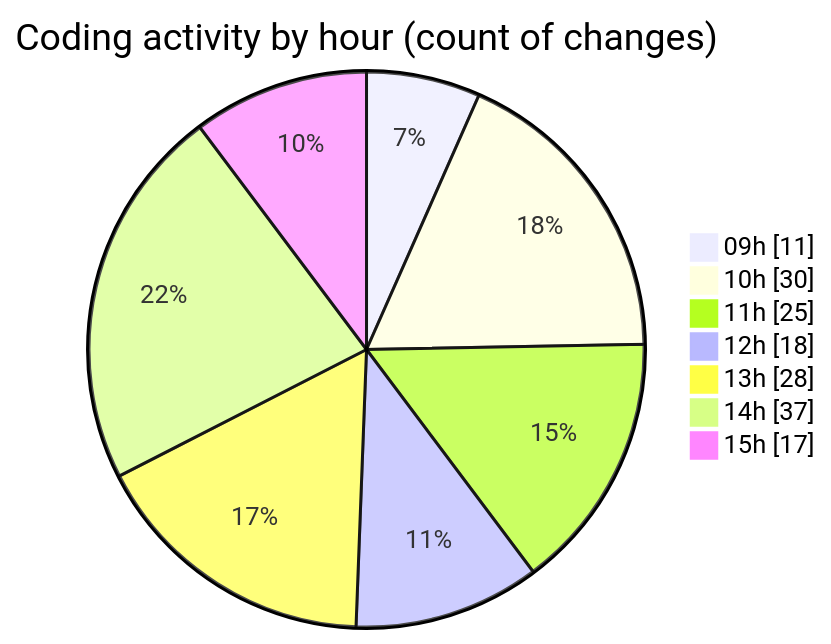
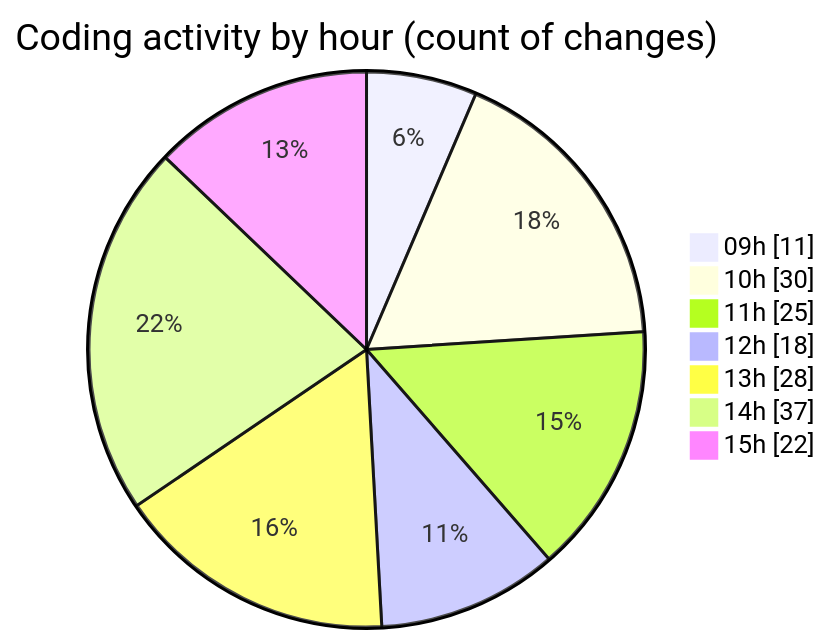
Before and after one commit to momahboobian/code-tracking: the second of 2 diagrams in 2025-06-24/cda/README.md, drawn with Mermaid. The commit also changed other lines of this file and 1 other file, not shown here.

````diff
--- a/2025-06-24/cda/README.md
+++ b/2025-06-24/cda/README.md
@@ -32,11 +32,11 @@
 ```mermaid
 pie showData
 title Coding activity by hour (count of changes)
 "09h" : 11
 "10h" : 30
 "11h" : 25
 "12h" : 18
 "13h" : 28
 "14h" : 37
-"15h" : 17
+"15h" : 22
 ```
````
